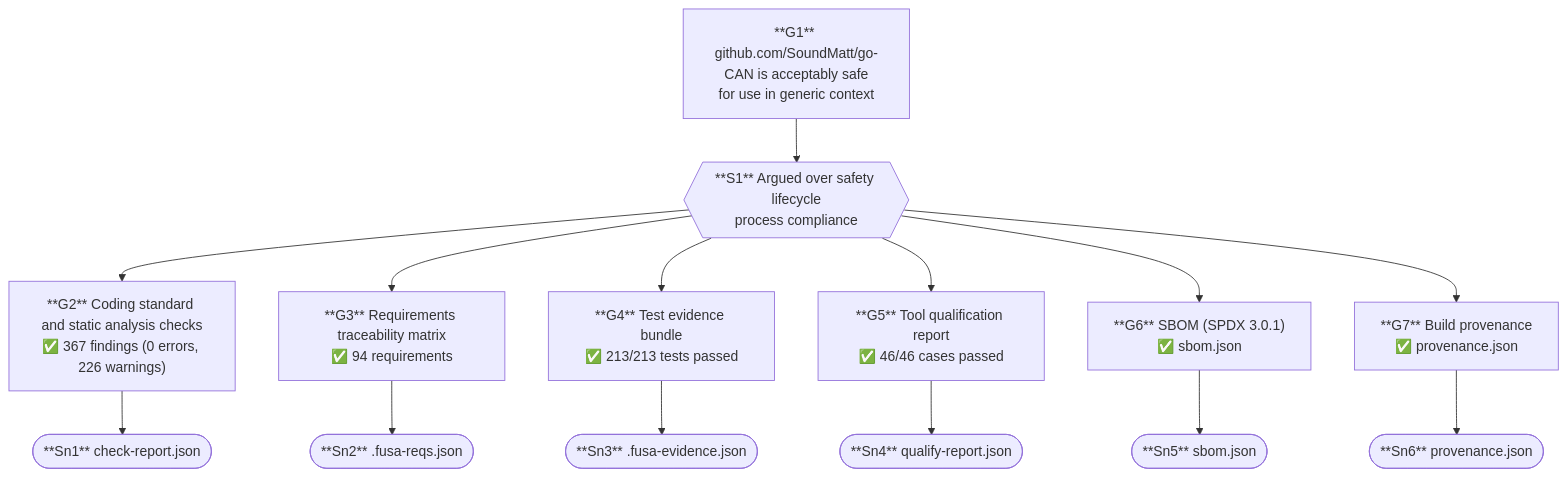
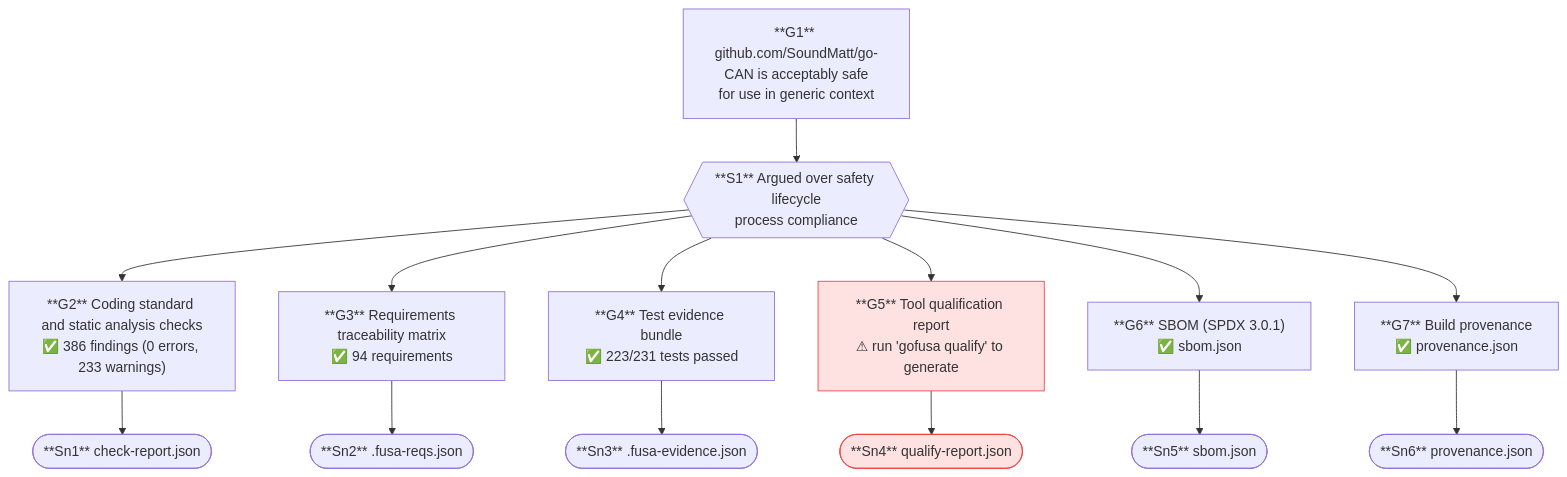
One commit to SoundMatt/go-CAN changed the diagram in safety-case.mermaid. Above: the diagram before and after it, drawn with Mermaid. The commit also changed 19 other files, not shown here.

```diff
--- a/safety-case.mermaid
+++ b/safety-case.mermaid
@@ -1,28 +1,30 @@
 flowchart TD
     G1["**G1** github.com/SoundMatt/go-CAN is acceptably safe\nfor use in generic context"]
     S1{{"**S1** Argued over safety lifecycle\nprocess compliance"}}
-    G2["**G2** Coding standard and static analysis checks\n✅ 367 findings (0 errors, 226 warnings)"]
+    G2["**G2** Coding standard and static analysis checks\n✅ 386 findings (0 errors, 233 warnings)"]
     Sn1(["**Sn1** check-report.json"])
     G3["**G3** Requirements traceability matrix\n✅ 94 requirements"]
     Sn2(["**Sn2** .fusa-reqs.json"])
-    G4["**G4** Test evidence bundle\n✅ 213/213 tests passed"]
+    G4["**G4** Test evidence bundle\n✅ 223/231 tests passed"]
     Sn3(["**Sn3** .fusa-evidence.json"])
-    G5["**G5** Tool qualification report\n✅ 46/46 cases passed"]
+    G5["**G5** Tool qualification report\n⚠ run 'gofusa qualify' to generate"]
     Sn4(["**Sn4** qualify-report.json"])
     G6["**G6** SBOM (SPDX 3.0.1)\n✅ sbom.json"]
     Sn5(["**Sn5** sbom.json"])
     G7["**G7** Build provenance\n✅ provenance.json"]
     Sn6(["**Sn6** provenance.json"])
     G1 --> S1
     S1 --> G2
     S1 --> G3
     S1 --> G4
     S1 --> G5
     S1 --> G6
     S1 --> G7
     G2 --> Sn1
     G3 --> Sn2
     G4 --> Sn3
     G5 --> Sn4
     G6 --> Sn5
     G7 --> Sn6
+    style G5 fill:#fee2e2,stroke:#ef4444
+    style Sn4 fill:#fee2e2,stroke:#ef4444
```
